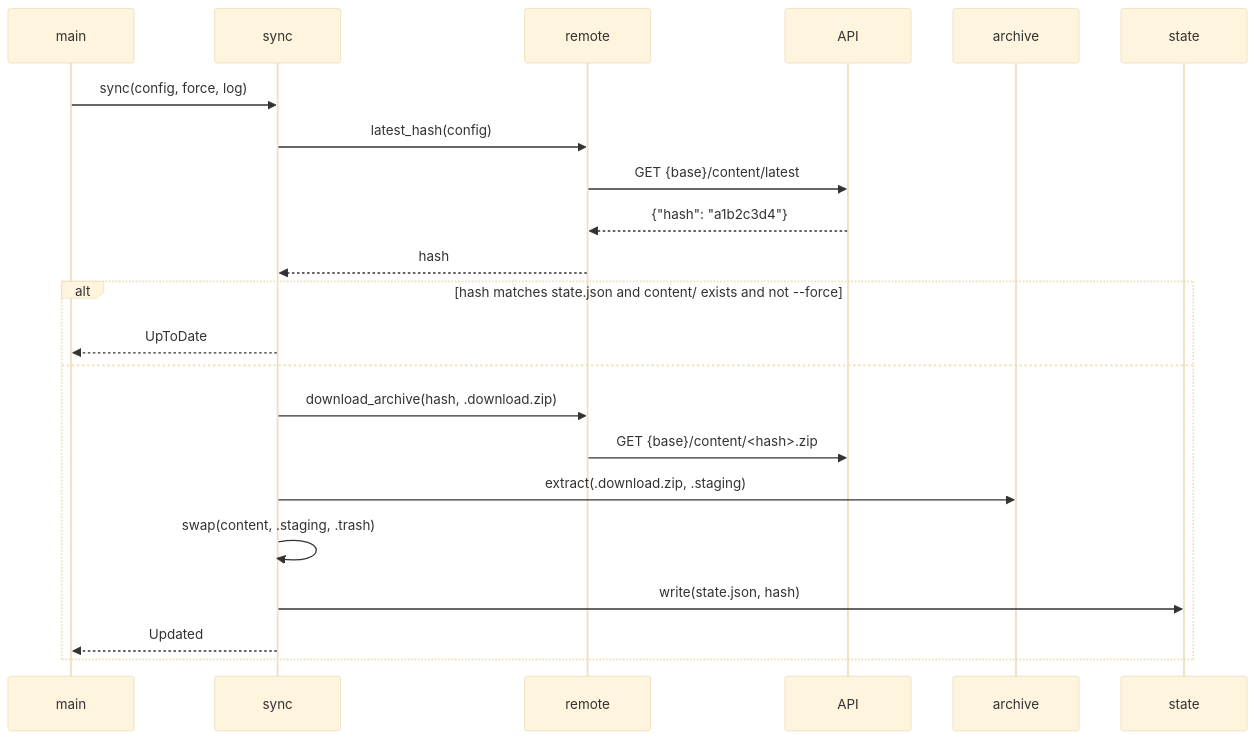
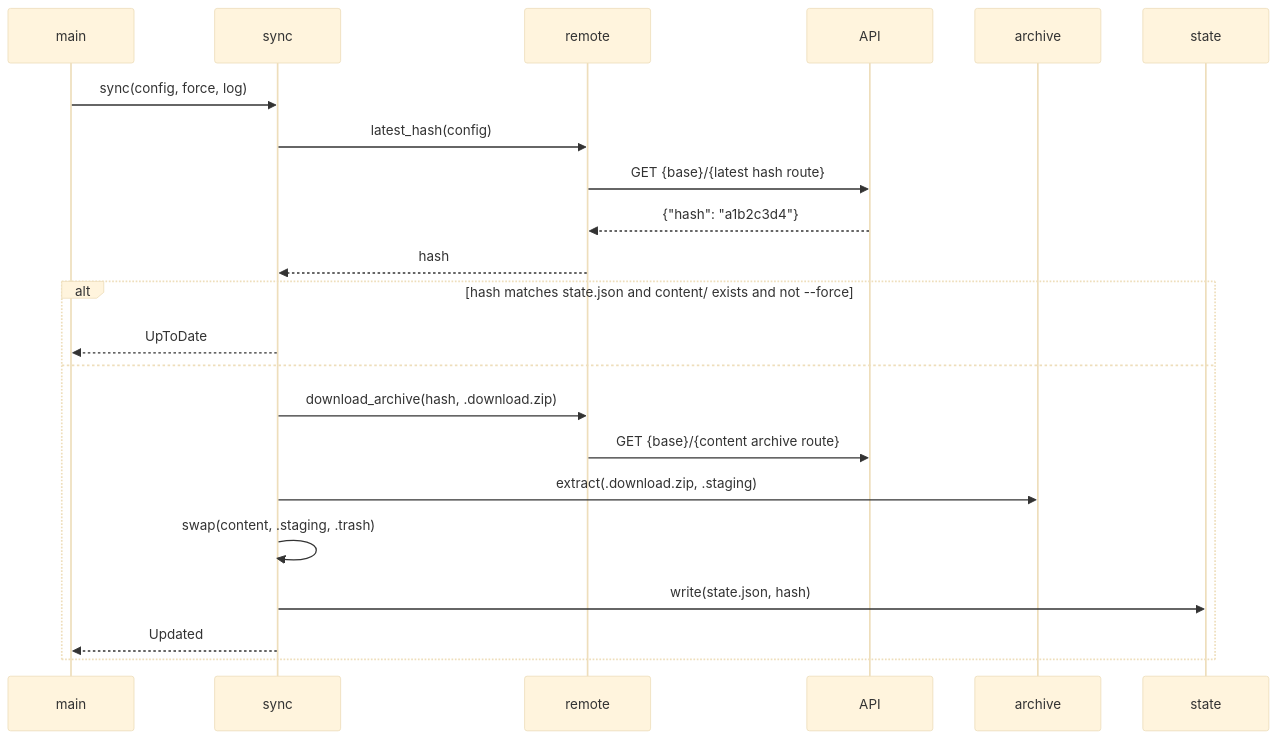
One commit to damac-italia/brainmaker changed the third of 4 diagrams in docs/FLOW.md. Above: the diagram before and after it, drawn with Mermaid (base theme). The commit also changed other lines of this file and 15 other files, not shown here.

````diff
--- a/docs/FLOW.md
+++ b/docs/FLOW.md
@@ -54,24 +109,24 @@
 ```mermaid
 sequenceDiagram
     participant main
     participant sync
     participant remote
     participant API
     participant archive
     participant state
     main->>sync: sync(config, force, log)
     sync->>remote: latest_hash(config)
-    remote->>API: GET {base}/content/latest
+    remote->>API: GET {base}/{latest hash route}
     API-->>remote: {"hash": "a1b2c3d4"}
     remote-->>sync: hash
     alt hash matches state.json and content/ exists and not --force
         sync-->>main: UpToDate
     else
         sync->>remote: download_archive(hash, .download.zip)
-        remote->>API: GET {base}/content/<hash>.zip
+        remote->>API: GET {base}/{content archive route}
         sync->>archive: extract(.download.zip, .staging)
         sync->>sync: swap(content, .staging, .trash)
         sync->>state: write(state.json, hash)
         sync-->>main: Updated
     end
 ```
````
